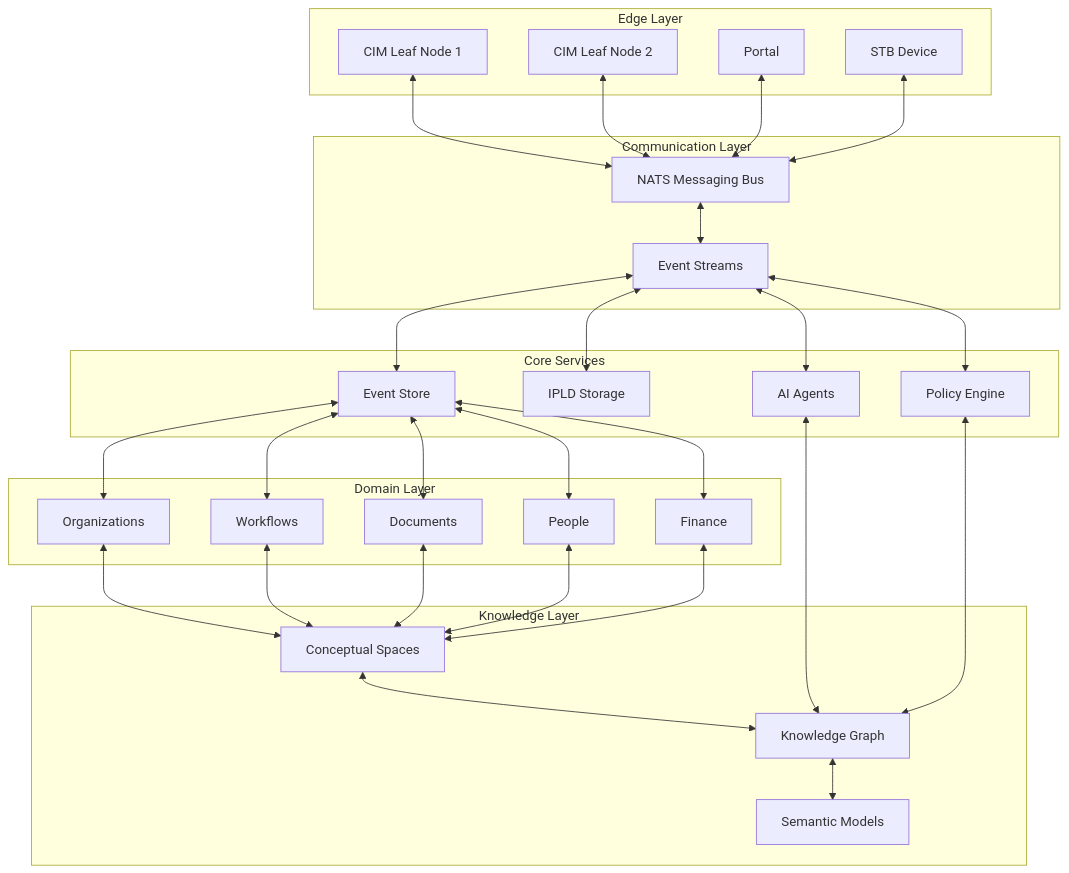
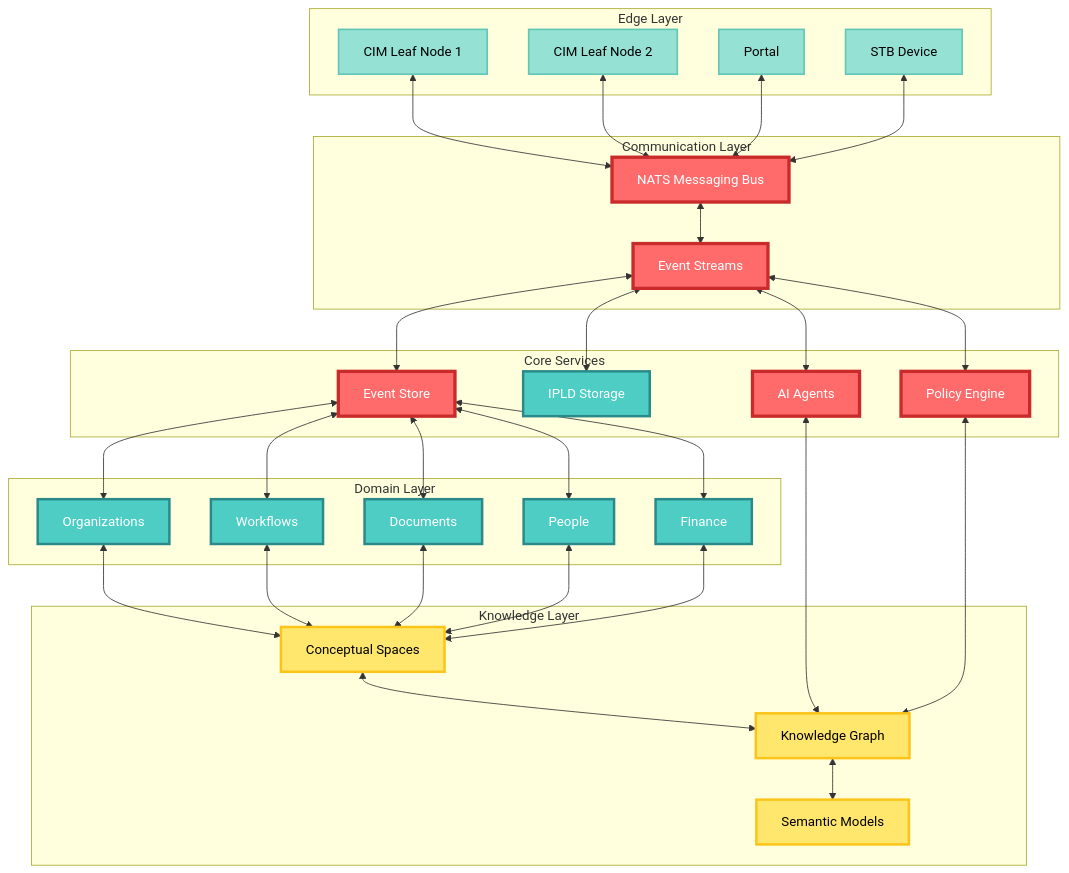
The fourth of 4 diagrams in doc/readme_cim_overview.md (TheCowboyAI/cim), drawn with Mermaid before and after one commit. The commit also changed other lines of this file and 12 other files, not shown here.

````diff
--- a/doc/readme_cim_overview.md
+++ b/doc/readme_cim_overview.md
@@ -215,4 +241,24 @@
     
     F <--> N
     G <--> N
+    
+    %% Styling - layered architecture
+    style A1 fill:#95E1D3,stroke:#63C7B8,stroke-width:2px,color:#000
+    style A2 fill:#95E1D3,stroke:#63C7B8,stroke-width:2px,color:#000
+    style A3 fill:#95E1D3,stroke:#63C7B8,stroke-width:2px,color:#000
+    style A4 fill:#95E1D3,stroke:#63C7B8,stroke-width:2px,color:#000
+    style B fill:#FF6B6B,stroke:#C92A2A,stroke-width:4px,color:#FFF
+    style C fill:#FF6B6B,stroke:#C92A2A,stroke-width:4px,color:#FFF
+    style D fill:#FF6B6B,stroke:#C92A2A,stroke-width:4px,color:#FFF
+    style E fill:#4ECDC4,stroke:#2B8A89,stroke-width:3px,color:#FFF
+    style F fill:#FF6B6B,stroke:#C92A2A,stroke-width:4px,color:#FFF
+    style G fill:#FF6B6B,stroke:#C92A2A,stroke-width:4px,color:#FFF
+    style H fill:#4ECDC4,stroke:#2B8A89,stroke-width:3px,color:#FFF
+    style I fill:#4ECDC4,stroke:#2B8A89,stroke-width:3px,color:#FFF
+    style J fill:#4ECDC4,stroke:#2B8A89,stroke-width:3px,color:#FFF
+    style K fill:#4ECDC4,stroke:#2B8A89,stroke-width:3px,color:#FFF
+    style L fill:#4ECDC4,stroke:#2B8A89,stroke-width:3px,color:#FFF
+    style M fill:#FFE66D,stroke:#FCC419,stroke-width:3px,color:#000
+    style N fill:#FFE66D,stroke:#FCC419,stroke-width:3px,color:#000
+    style O fill:#FFE66D,stroke:#FCC419,stroke-width:3px,color:#000
 ```
````
